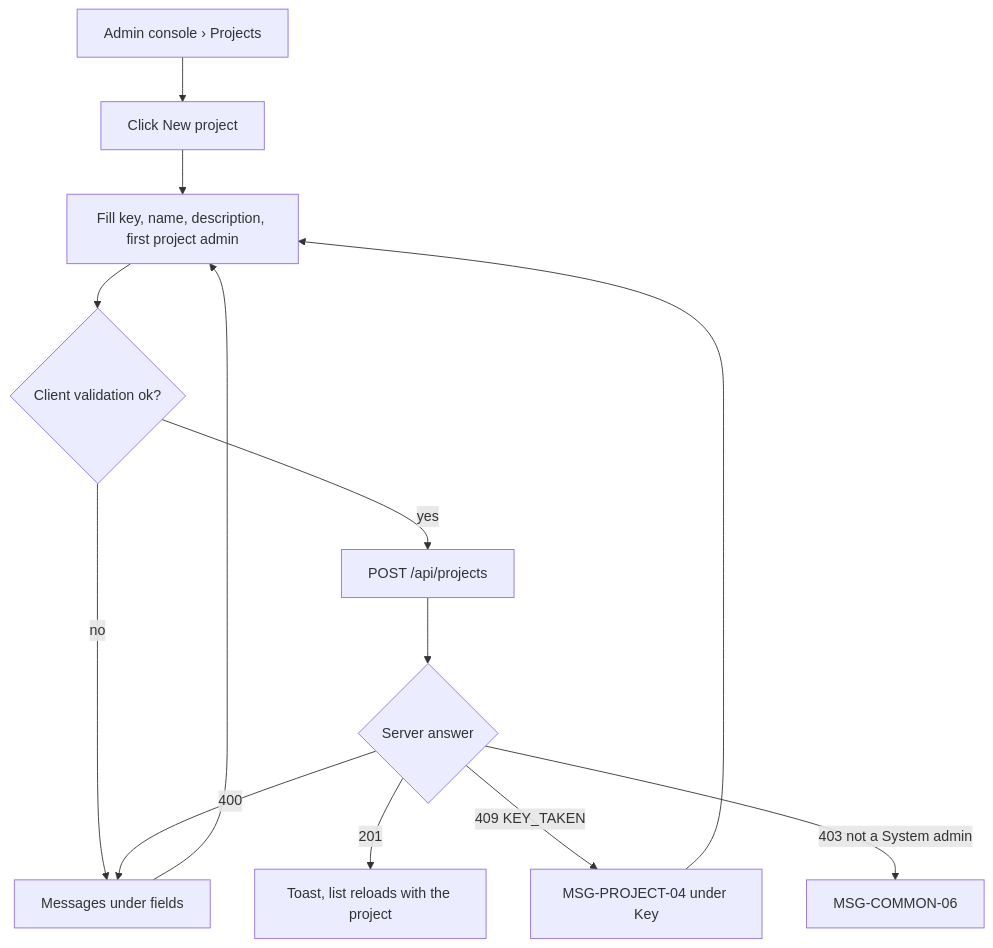
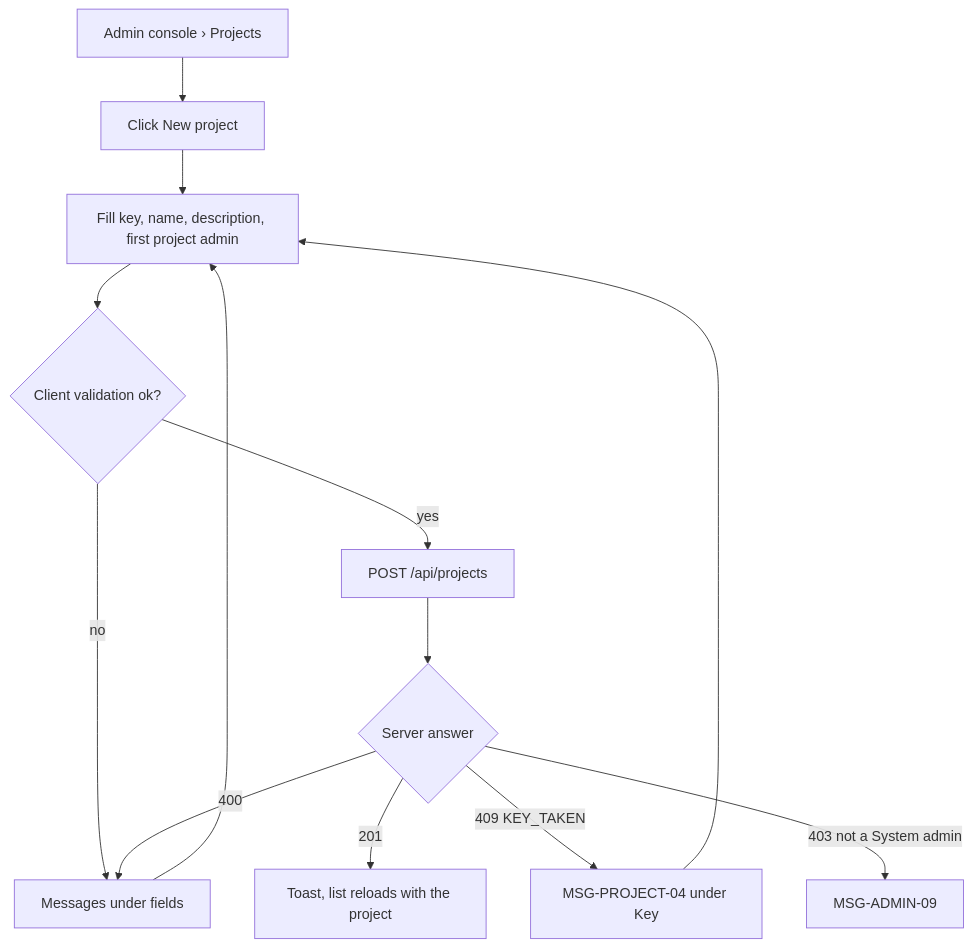
Before and after one commit to RITA-CHANN/qa-work-management: the diagram in docs/design/basic/flows/FLW-PROJECT-01-create-project.md, drawn with Mermaid.

Commit message:
docs: FLW-PROJECT-01 refusal uses MSG-ADMIN-09
Claude-Session: https://claude.ai/code/session_019odQBrdQ5qRKtJHifgfer2

````diff
--- a/docs/design/basic/flows/FLW-PROJECT-01-create-project.md
+++ b/docs/design/basic/flows/FLW-PROJECT-01-create-project.md
@@ -63,13 +63,13 @@
 ```mermaid
 flowchart TD
     A[Admin console › Projects] --> B[Click New project]
     B --> C[Fill key, name, description, first project admin]
     C --> D{Client validation ok?}
     D -- no --> E[Messages under fields] --> C
     D -- yes --> F[POST /api/projects]
     F --> G{Server answer}
     G -- 201 --> H[Toast, list reloads with the project]
     G -- 409 KEY_TAKEN --> I[MSG-PROJECT-04 under Key] --> C
     G -- 400 --> E
-    G -- 403 not a System admin --> X[MSG-COMMON-06]
+    G -- 403 not a System admin --> X[MSG-ADMIN-09]
 ```
````
